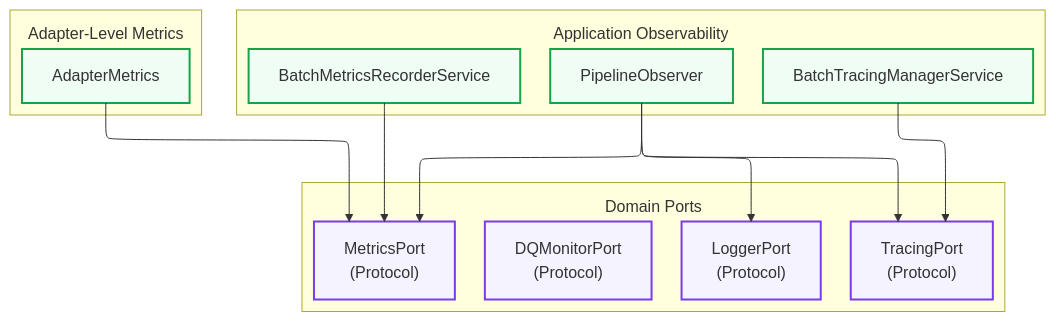
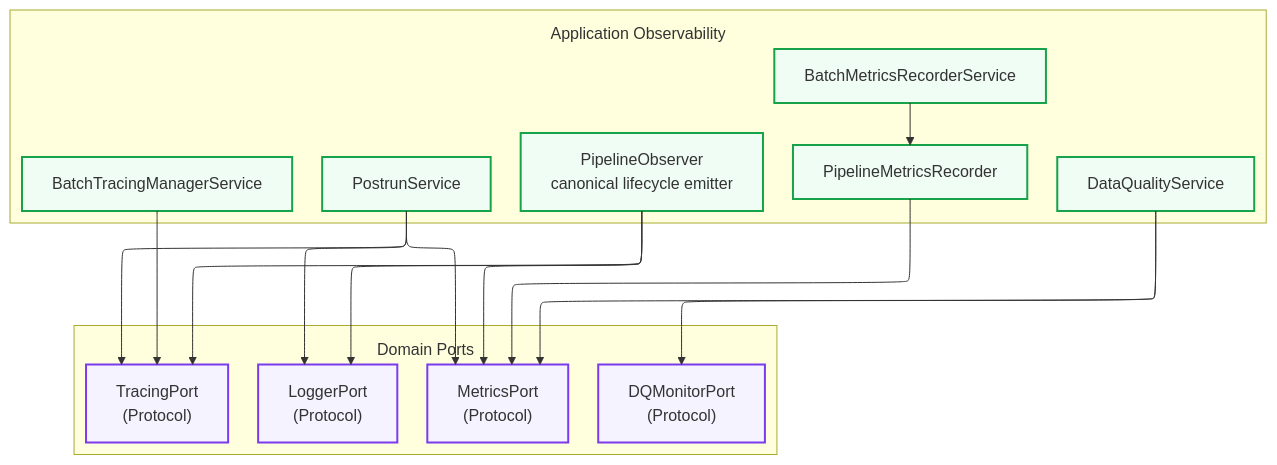
The diagram in docs/02-architecture/diagrams/architecture/09a-observability-app.mmd (SatoryKono/BioactivityDataAcquisition), drawn with Mermaid before and after one commit. The commit also changed 5 other files, not shown here.

First line of the commit message:
Refine observability diagrams; add test outputs

```diff
--- a/docs/02-architecture/diagrams/architecture/09a-observability-app.mmd
+++ b/docs/02-architecture/diagrams/architecture/09a-observability-app.mmd
@@ -1,54 +1,51 @@
 %% BioETL — Observability: Application Layer
 %% Application-level observability: ports, pipeline observer, batch metrics, adapter metrics.
 
-%% @version 1.0.0
-%% @date    2026-02-27
+%% @version 1.1.0
+%% @date    2026-04-12
 %% @type    flowchart
 %% @level   System / Component
 %% @view    observability-app
 %% @parent  09-observability-stack.mmd
-%% @nodes   8
+%% @nodes   10
 %%{init: {
   'flowchart': {
     'subGraphTitleMargin': { 'top': 12, 'bottom': 12 }
   },
   'layout': 'elk',
   'elk': {
     'mergeEdges': true,
     'nodePlacementStrategy': 'BRANDES_KOEPF',
     'edgeRouting': 'ORTHOGONAL'
   }
 }}%%
 graph TB
-%% keep-orphan: DQMP
     subgraph Ports["Domain Ports"]
         LP["LoggerPort<br/>(Protocol)"]:::size-sm
         MP["MetricsPort<br/>(Protocol)"]:::size-sm
         TP["TracingPort<br/>(Protocol)"]:::size-sm
         DQMP["DQMonitorPort<br/>(Protocol)"]:::size-sm
     end
 
     subgraph AppObserver["Application Observability"]
-        PO["PipelineObserver"]:::size-sm
+        PO["PipelineObserver<br/>canonical lifecycle emitter"]:::size-sm
+        PMR["PipelineMetricsRecorder"]:::size-sm
         BMR["BatchMetricsRecorderService"]:::size-sm
         BTM["BatchTracingManagerService"]:::size-sm
-    end
-
-    subgraph AdapterMetrics["Adapter-Level Metrics"]
-        AM["AdapterMetrics"]:::size-sm
+        DQS["DataQualityService"]:::size-sm
+        PRS["PostrunService"]:::size-sm
     end
 
     %% Application usage
     PO --> LP & MP & TP
-    BMR --> MP
+    PMR --> MP
+    BMR --> PMR
     BTM --> TP
-
-    %% Adapter metrics
-    AM --> MP
+    DQS --> DQMP & MP
+    PRS --> LP & MP & TP
 
     classDef port fill:#f5f3ff,stroke:#7c3aed,stroke-width:2px
     classDef app fill:#f0fdf4,stroke:#16a34a,stroke-width:2px
 
     class LP,MP,TP,DQMP port
-    class PO,BMR,BTM app
-    class AM app
+    class PO,PMR,BMR,BTM,DQS,PRS app
```
